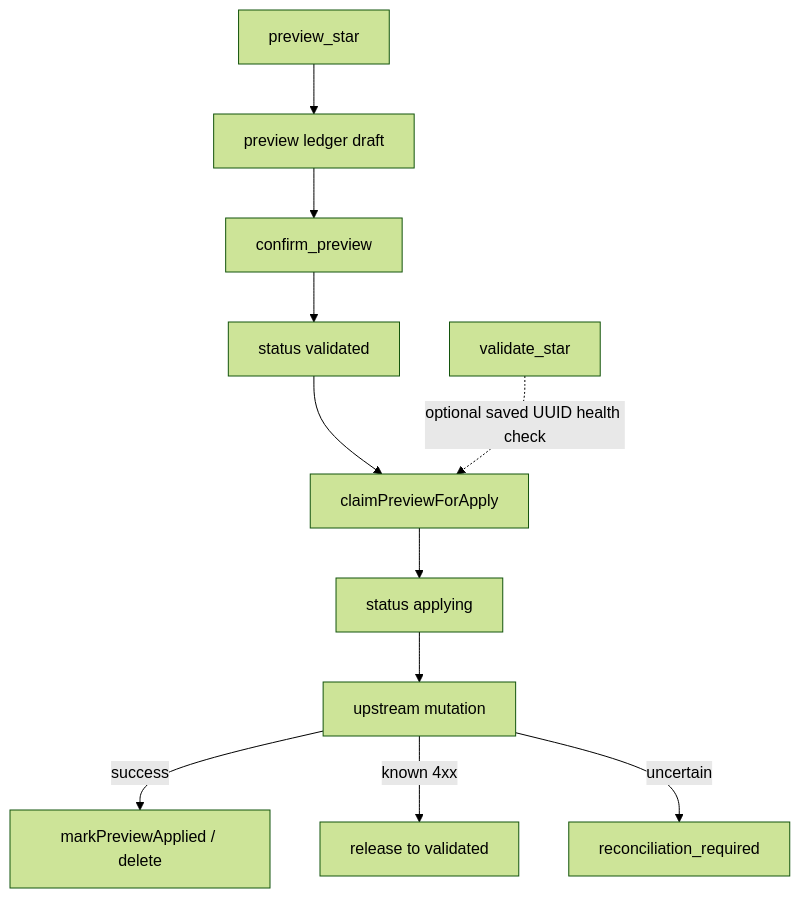
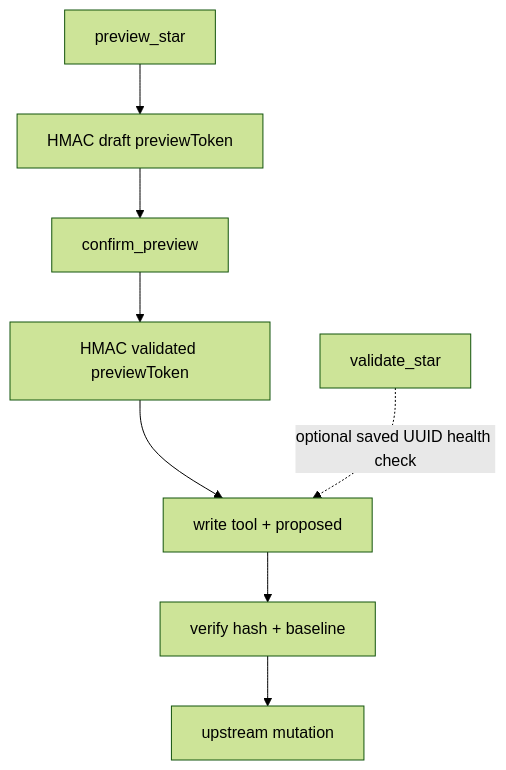
Before and after one commit to yu-iskw/lightdash-tools: the diagram in docs/adr/0014-mcp-content-developer-persona-mutation-boundary.md, drawn with Mermaid (forest theme). The commit also changed other lines of this file and 73 other files, not shown here.

````diff
--- a/docs/adr/0014-mcp-content-developer-persona-mutation-boundary.md
+++ b/docs/adr/0014-mcp-content-developer-persona-mutation-boundary.md
@@ -39,13 +39,10 @@
 ```mermaid
 flowchart TD
-  preview[preview_star] --> ledger[preview ledger draft]
-  ledger --> confirm[confirm_preview]
-  confirm --> validated[status validated]
-  validated --> claim[claimPreviewForApply]
-  claim --> applying[status applying]
-  applying --> mutate[upstream mutation]
-  mutate -->|success| applied[markPreviewApplied / delete]
-  mutate -->|known 4xx| release[release to validated]
-  mutate -->|uncertain| reconcile[reconciliation_required]
-  validate[validate_star] -.->|"optional saved UUID health check"| claim
+  preview[preview_star] --> draftTok[HMAC draft previewToken]
+  draftTok --> confirm[confirm_preview]
+  confirm --> validatedTok[HMAC validated previewToken]
+  validatedTok --> apply[write tool + proposed]
+  apply --> verify[verify hash + baseline]
+  verify --> mutate[upstream mutation]
+  validate[validate_star] -.->|"optional saved UUID health check"| apply
 ```
````
